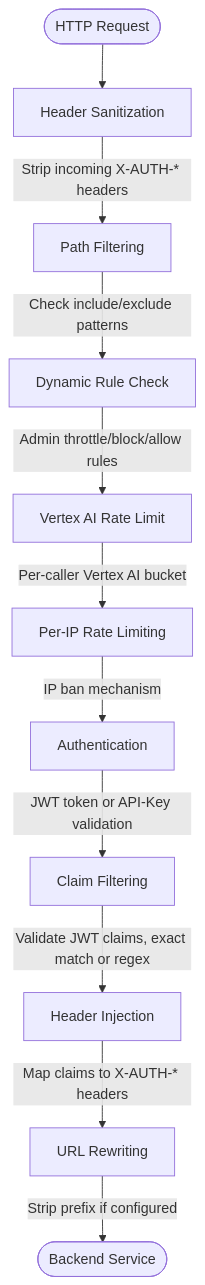
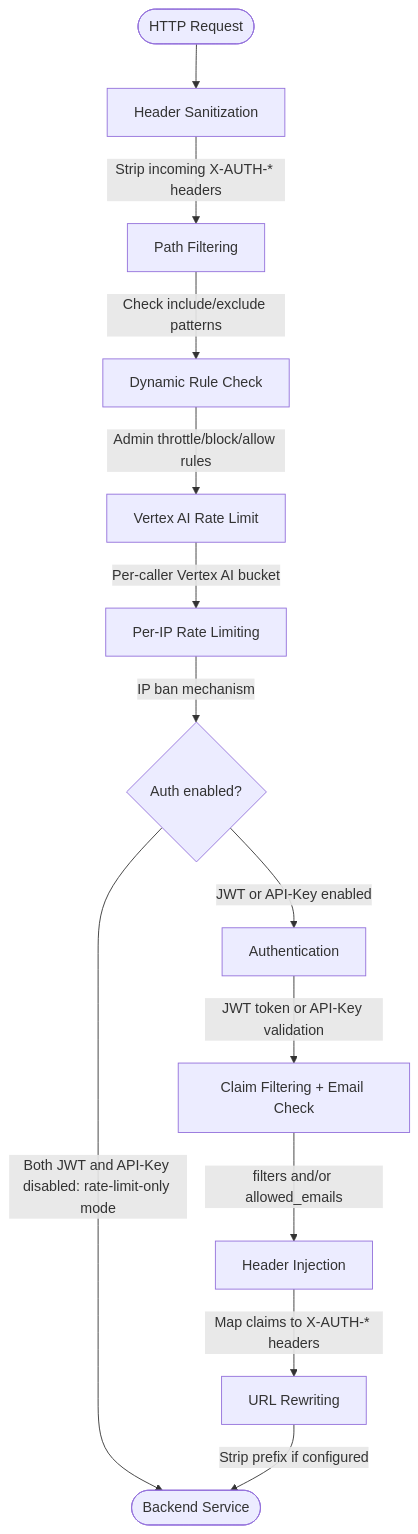
Before and after one commit to fp8/lite-auth-proxy: the diagram in README.md, drawn with Mermaid. The commit also changed other lines of this file and 10 other files, not shown here.

Commit message:
Unified config from auth and admin section; allowed rate limit only setup

````diff
--- a/README.md
+++ b/README.md
@@ -303,13 +373,15 @@
 ```mermaid
 flowchart TD
     Start([HTTP Request]) --> Step1
     Step1[Header Sanitization] --> |Strip incoming X-AUTH-* headers|Step2[Path Filtering]
     Step2 --> |Check include/exclude patterns|Step3[Dynamic Rule Check]
     Step3 --> |Admin throttle/block/allow rules|Step4[Vertex AI Rate Limit]
     Step4 --> |Per-caller Vertex AI bucket|Step5[Per-IP Rate Limiting]
-    Step5 --> |IP ban mechanism|Step6[Authentication]
-    Step6 --> |JWT token or API-Key validation|Step7[Claim Filtering]
-    Step7 --> |Validate JWT claims, exact match or regex|Step8[Header Injection]
-    Step8 --> |Map claims to X-AUTH-* headers|Step9[URL Rewriting]
-    Step9 --> |Strip prefix if configured|Backend([Backend Service])
+    Step5 --> |IP ban mechanism|Step6{Auth enabled?}
+    Step6 --> |Both JWT and API-Key disabled: rate-limit-only mode|Backend
+    Step6 --> |JWT or API-Key enabled|Step7[Authentication]
+    Step7 --> |JWT token or API-Key validation|Step8[Claim Filtering + Email Check]
+    Step8 --> |filters and/or allowed_emails|Step9[Header Injection]
+    Step9 --> |Map claims to X-AUTH-* headers|Step10[URL Rewriting]
+    Step10 --> |Strip prefix if configured|Backend([Backend Service])
 ```
````
